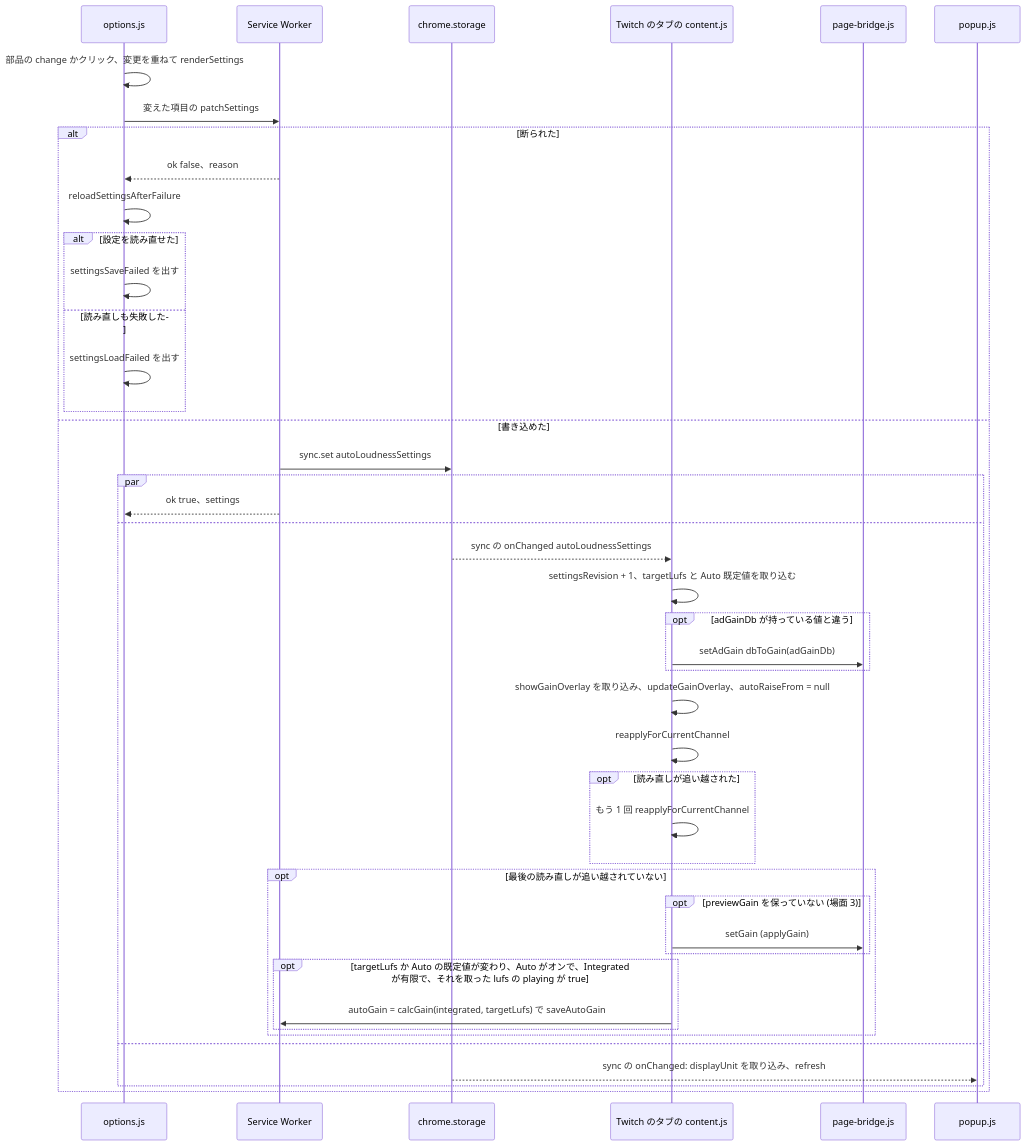
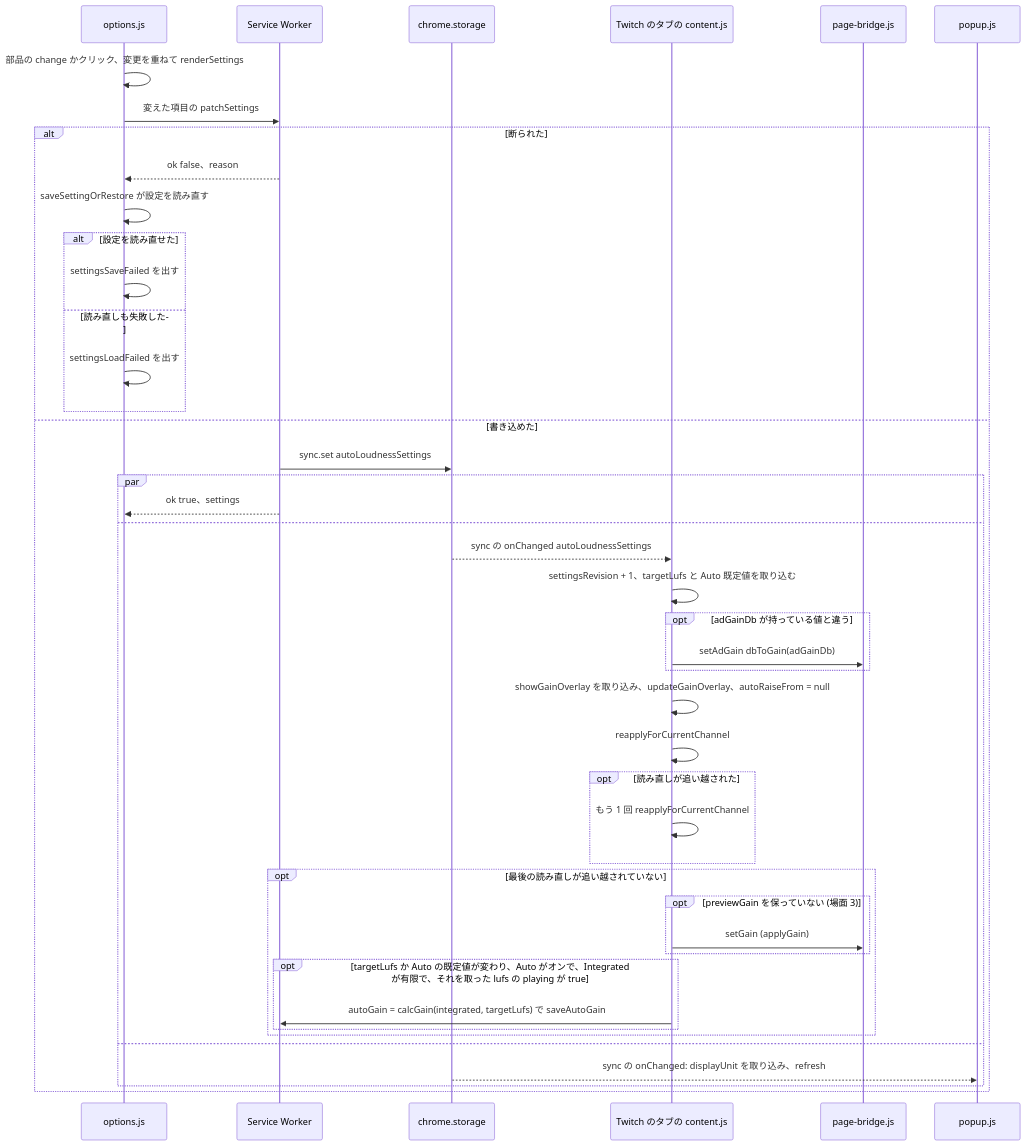
One commit to semnil/twitch-channel-volume changed diagram 13 of 17 in docs/gain-change-and-save.ja.md. Above: the diagram before and after it, drawn with Mermaid. The commit also changed other lines of this file and 7 other files, not shown here.

Commit message:
refactor: save the settings page's controls through core/common.js's saveSettingOrRestore, through channel-volume-core's 40596e1

````diff
--- a/docs/gain-change-and-save.ja.md
+++ b/docs/gain-change-and-save.ja.md
@@ -582,46 +582,46 @@
 ```mermaid
 sequenceDiagram
   participant options as options.js
   participant sw as Service Worker
   participant storage as chrome.storage
   participant content as Twitch のタブの content.js
   participant bridge as page-bridge.js
   participant popup as popup.js
   options->>options: 部品の change かクリック、変更を重ねて renderSettings
   options->>sw: 変えた項目の patchSettings
   alt 断られた
     sw-->>options: ok false、reason
-    options->>options: reloadSettingsAfterFailure
+    options->>options: saveSettingOrRestore が設定を読み直す
     alt 設定を読み直せた
       options->>options: settingsSaveFailed を出す
     else 読み直しも失敗した
       options->>options: settingsLoadFailed を出す
     end
   else 書き込めた
     sw->>storage: sync.set autoLoudnessSettings
     par
       sw-->>options: ok true、settings
     and
       storage-->>content: sync の onChanged autoLoudnessSettings
       content->>content: settingsRevision + 1、targetLufs と Auto 既定値を取り込む
       opt adGainDb が持っている値と違う
         content->>bridge: setAdGain dbToGain(adGainDb)
       end
       content->>content: showGainOverlay を取り込み、updateGainOverlay、autoRaiseFrom = null
       content->>content: reapplyForCurrentChannel
       opt 読み直しが追い越された
         content->>content: もう 1 回 reapplyForCurrentChannel
       end
       opt 最後の読み直しが追い越されていない
         opt previewGain を保っていない (場面 3)
           content->>bridge: setGain (applyGain)
         end
         opt targetLufs か Auto の既定値が変わり、Auto がオンで、Integrated が有限で、それを取った lufs の playing が true
           content->>sw: autoGain = calcGain(integrated, targetLufs) で saveAutoGain
         end
       end
     and
       storage-->>popup: sync の onChanged: displayUnit を取り込み、refresh
     end
   end
 ```
````
